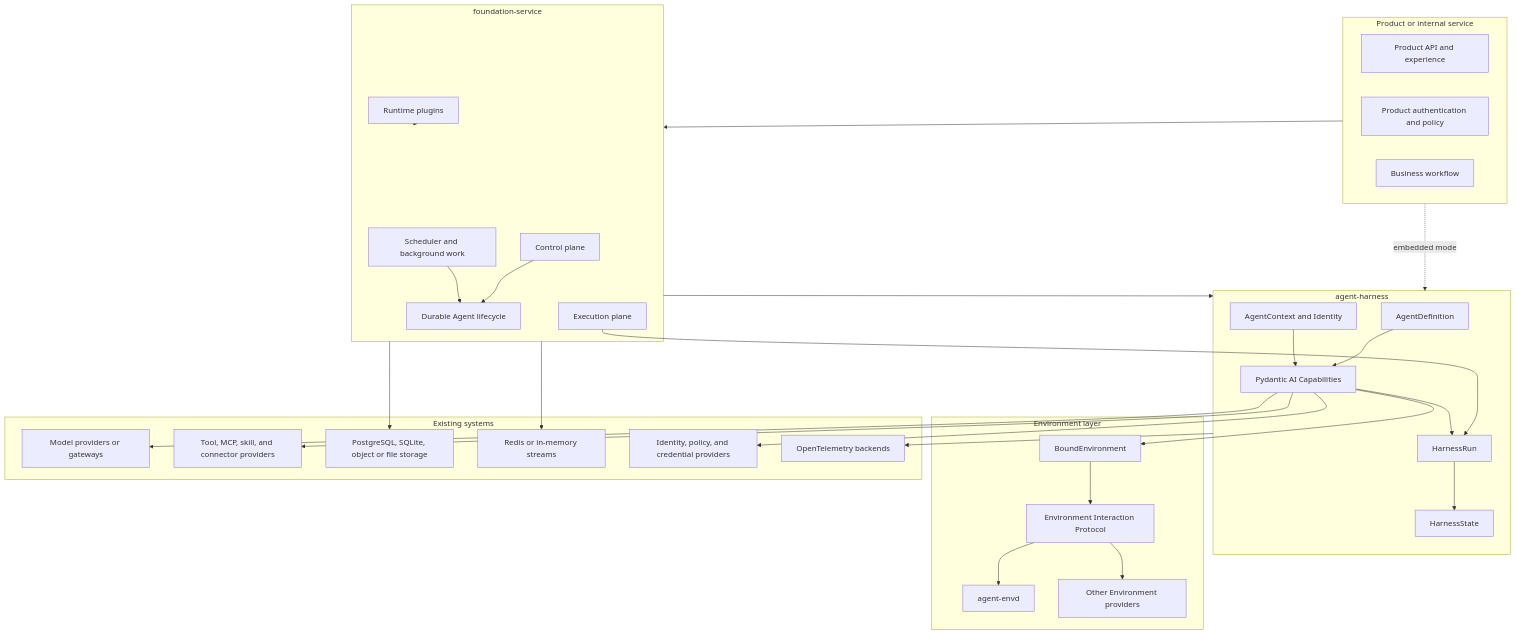
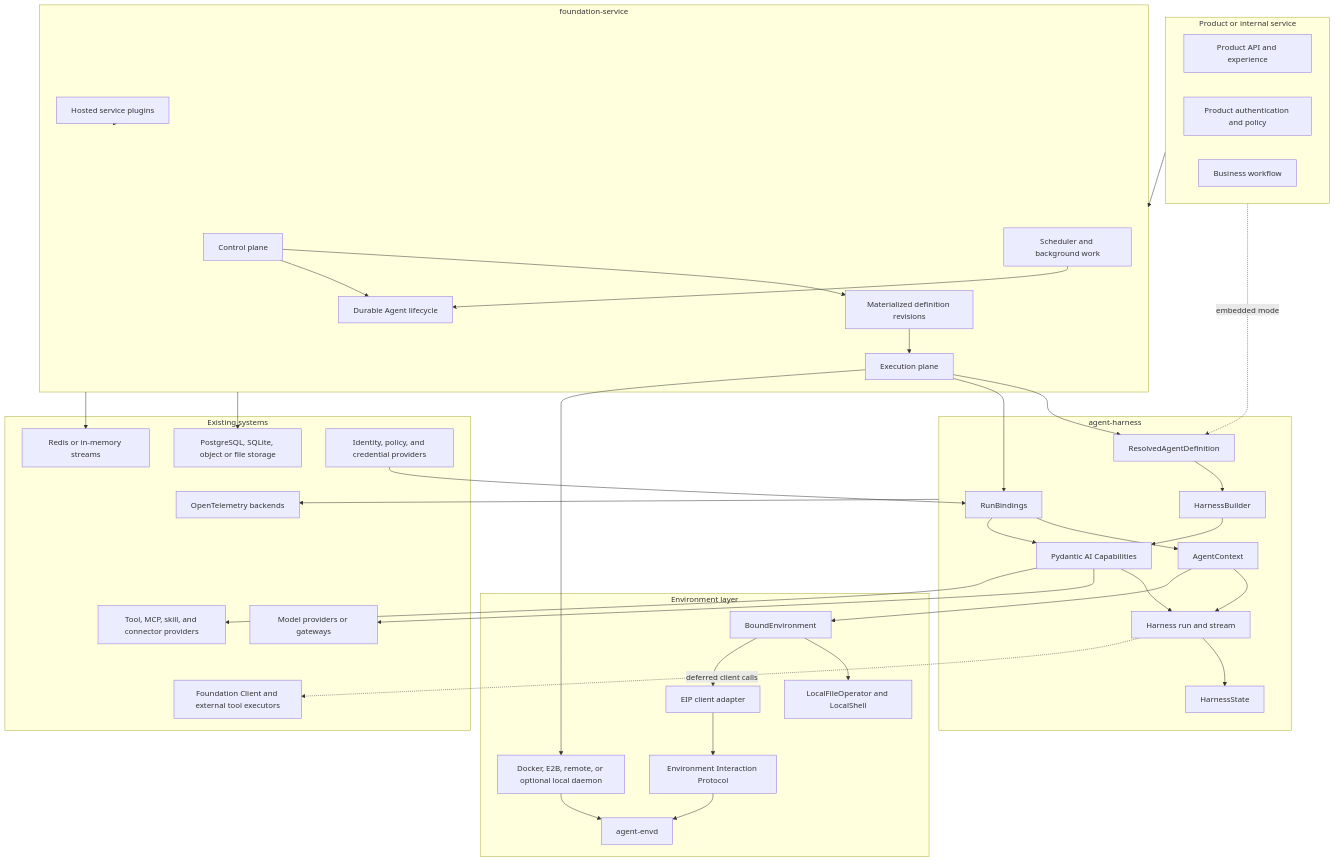
One commit to LTThreeComma/agent-foundation changed the first of 4 diagrams in spec/README.md. Above: the diagram before and after it, drawn with Mermaid. The commit also changed other lines of this file and 34 other files, not shown here.

First line of the commit message:
docs(spec): establish component architecture contracts

````diff
--- a/spec/README.md
+++ b/spec/README.md
@@ -17,56 +17,66 @@
 ```mermaid
 flowchart TB
     subgraph Product[Product or internal service]
         API[Product API and experience]
         Policy[Product authentication and policy]
         Workflow[Business workflow]
     end
 
-    subgraph Runtime[foundation-service]
+    subgraph Service[foundation-service]
         Control[Control plane]
+        Definitions[Materialized definition revisions]
         Execution[Execution plane]
-        Session[Durable Agent lifecycle]
+        Lifecycle[Durable Agent lifecycle]
         Scheduler[Scheduler and background work]
-        RuntimePlugins[Runtime plugins]
+        ServicePlugins[Hosted service plugins]
     end
 
     subgraph Harness[agent-harness]
-        Definition[AgentDefinition]
-        Context[AgentContext and Identity]
+        Plan[ResolvedAgentDefinition]
+        Builder[HarnessBuilder]
+        Bindings[RunBindings]
+        Context[AgentContext]
         Capabilities[Pydantic AI Capabilities]
-        Run[HarnessRun]
+        Run[Harness run and stream]
         State[HarnessState]
     end
 
     subgraph Environment[Environment layer]
         Bound[BoundEnvironment]
+        Local[LocalFileOperator and LocalShell]
+        EIPClient[EIP client adapter]
         EIP[Environment Interaction Protocol]
         Envd[agent-envd]
-        OtherEnv[Other Environment providers]
+        ProviderProfiles[Docker, E2B, remote, or optional local daemon]
     end
 
     subgraph External[Existing systems]
         Models[Model providers or gateways]
         Tools[Tool, MCP, skill, and connector providers]
         Stores[PostgreSQL, SQLite, object or file storage]
         Streams[Redis or in-memory streams]
         Identity[Identity, policy, and credential providers]
+        Clients[Foundation Client and external tool executors]
         OTel[OpenTelemetry backends]
     end
 
-    Product --> Runtime
-    Product -. embedded mode .-> Harness
-    Runtime --> Harness
-    Control --> Session
-    Execution --> Run
-    Scheduler --> Session
-    RuntimePlugins --> Runtime
-    Definition --> Capabilities
-    Context --> Capabilities
-    Capabilities --> Run
-    Run --> State
-    Capabilities --> Models & Tools & Identity
-    Capabilities --> Bound --> EIP --> Envd & OtherEnv
-    Runtime --> Stores & Streams
+    Product --> Service
+    Product -. embedded mode .-> Plan
+    Control --> Definitions --> Execution
+    Control --> Lifecycle
+    Scheduler --> Lifecycle
+    ServicePlugins --> Service
+    Execution --> Plan --> Builder --> Capabilities
+    Execution --> Bindings
+    Identity --> Bindings
+    Bindings --> Context & Capabilities
+    Context & Capabilities --> Run --> State
+    Capabilities --> Models & Tools
+    Run -. deferred client calls .-> Clients
+    Context --> Bound
+    Bound --> Local
+    Bound --> EIPClient --> EIP --> Envd
+    Execution --> ProviderProfiles --> Envd
+    Service --> Stores & Streams
     Harness --> OTel
 ```
````
